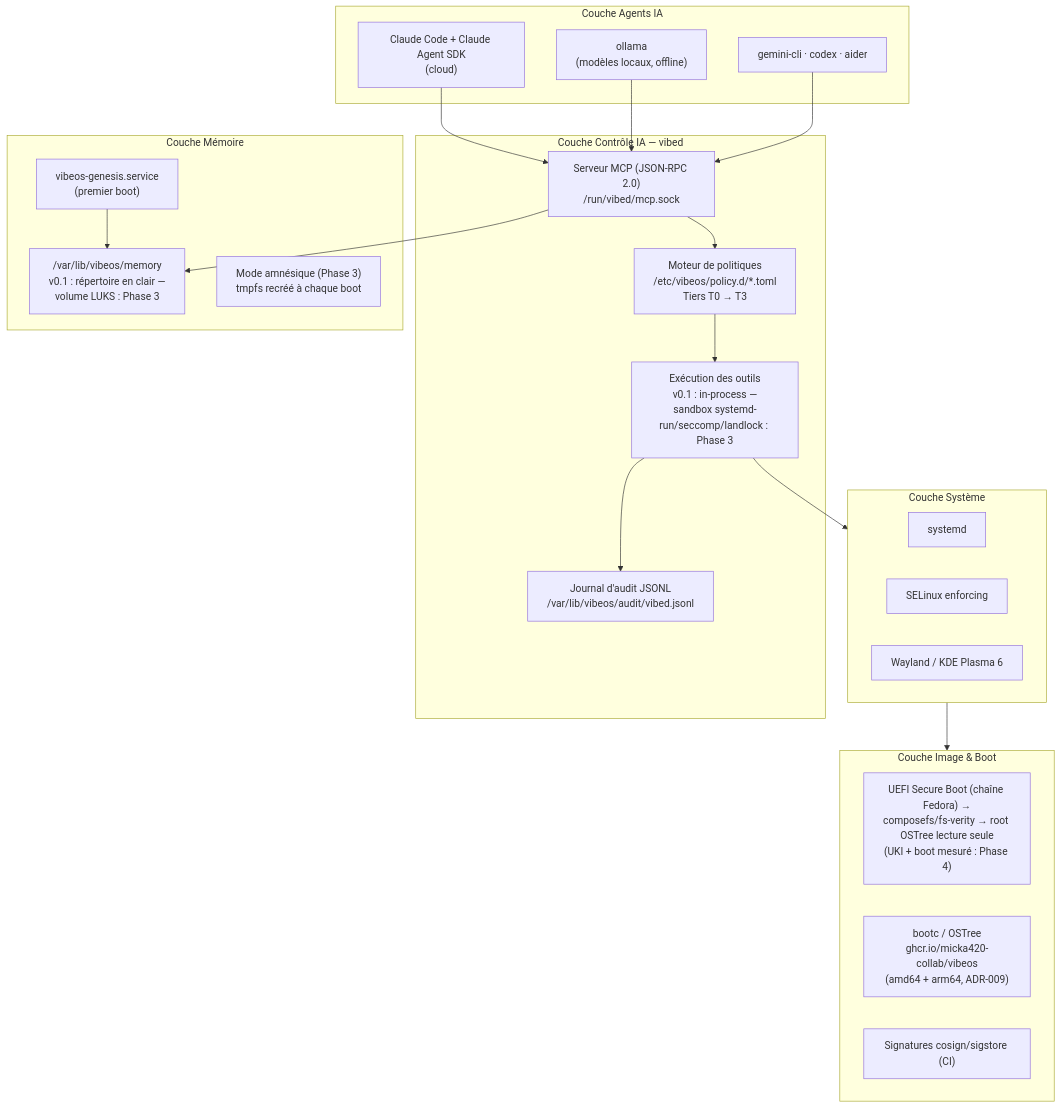
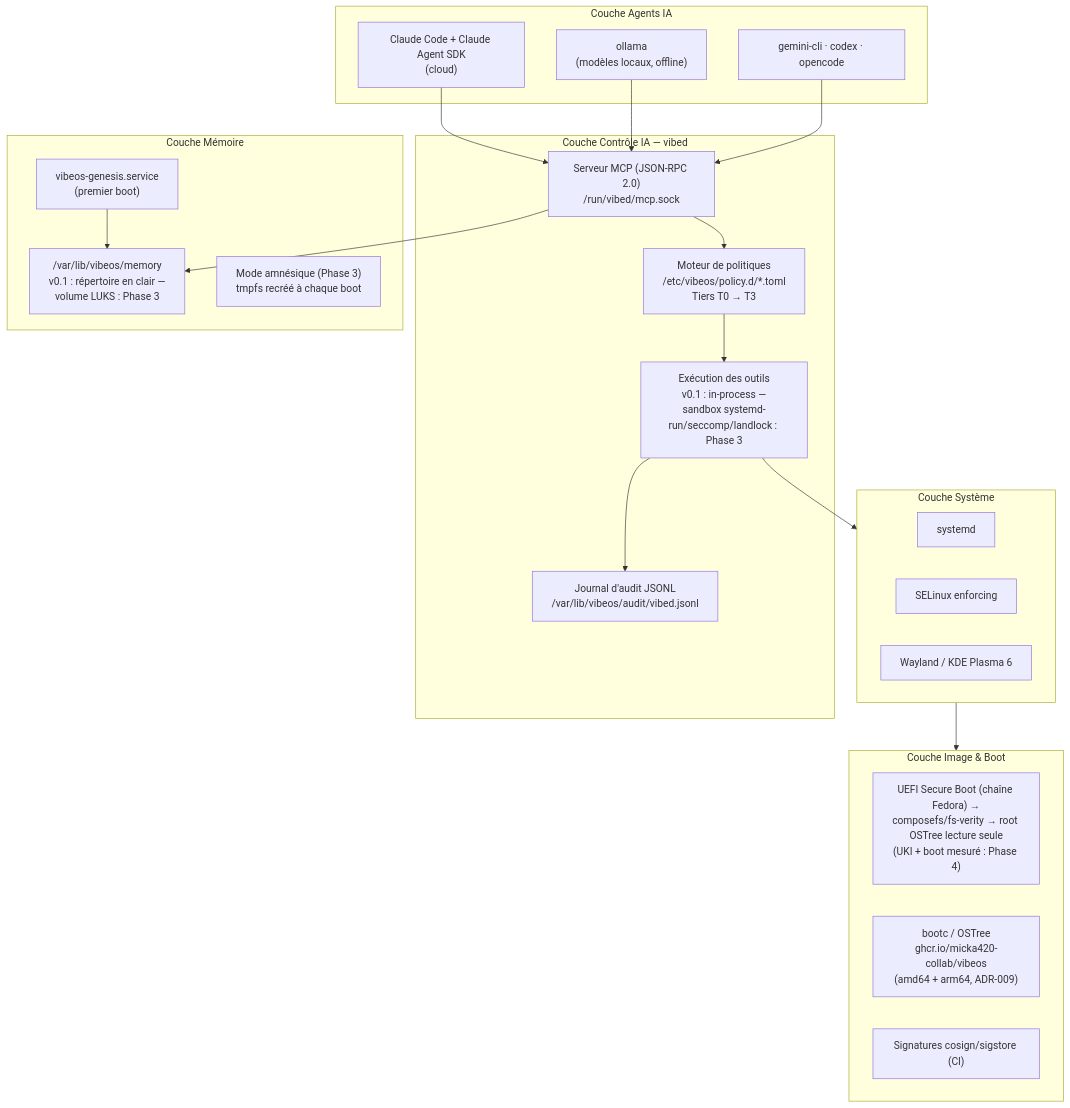
One commit to Micka420-collab/vibeos changed the first of 5 diagrams in docs/ARCHITECTURE.md. Above: the diagram before and after it, drawn with Mermaid. The commit also changed other lines of this file and 36 other files, not shown here.

````diff
--- a/docs/ARCHITECTURE.md
+++ b/docs/ARCHITECTURE.md
@@ -14,44 +14,44 @@
 ```mermaid
 flowchart TB
     subgraph L5["Couche Agents IA"]
         CC["Claude Code + Claude Agent SDK<br/>(cloud)"]
         OL["ollama<br/>(modèles locaux, offline)"]
-        AID["gemini-cli · codex · aider"]
+        AID["gemini-cli · codex · opencode"]
     end
 
     subgraph L4["Couche Contrôle IA — vibed"]
         MCP["Serveur MCP (JSON-RPC 2.0)<br/>/run/vibed/mcp.sock"]
         POL["Moteur de politiques<br/>/etc/vibeos/policy.d/*.toml<br/>Tiers T0 → T3"]
         AUD["Journal d'audit JSONL<br/>/var/lib/vibeos/audit/vibed.jsonl"]
         SBX["Exécution des outils<br/>v0.1 : in-process —<br/>sandbox systemd-run/seccomp/landlock : Phase 3"]
     end
 
     subgraph L3["Couche Mémoire"]
         MEM["/var/lib/vibeos/memory<br/>v0.1 : répertoire en clair —<br/>volume LUKS : Phase 3"]
         GEN["vibeos-genesis.service<br/>(premier boot)"]
         AMN["Mode amnésique (Phase 3)<br/>tmpfs recréé à chaque boot"]
     end
 
     subgraph L2["Couche Système"]
         SYSD["systemd"]
         SEL["SELinux enforcing"]
         KDE["Wayland / KDE Plasma 6"]
     end
 
     subgraph L1["Couche Image & Boot"]
         BOOT["UEFI Secure Boot (chaîne Fedora) →<br/>composefs/fs-verity → root OSTree lecture seule<br/>(UKI + boot mesuré : Phase 4)"]
         BOOTC["bootc / OSTree<br/>ghcr.io/micka420-collab/vibeos<br/>(amd64 + arm64, ADR-009)"]
         COS["Signatures cosign/sigstore (CI)"]
     end
 
     CC --> MCP
     OL --> MCP
     AID --> MCP
     MCP --> POL
     POL --> SBX
     SBX --> AUD
     SBX --> L2
     MCP --> MEM
     GEN --> MEM
     L2 --> L1
 ```
````
